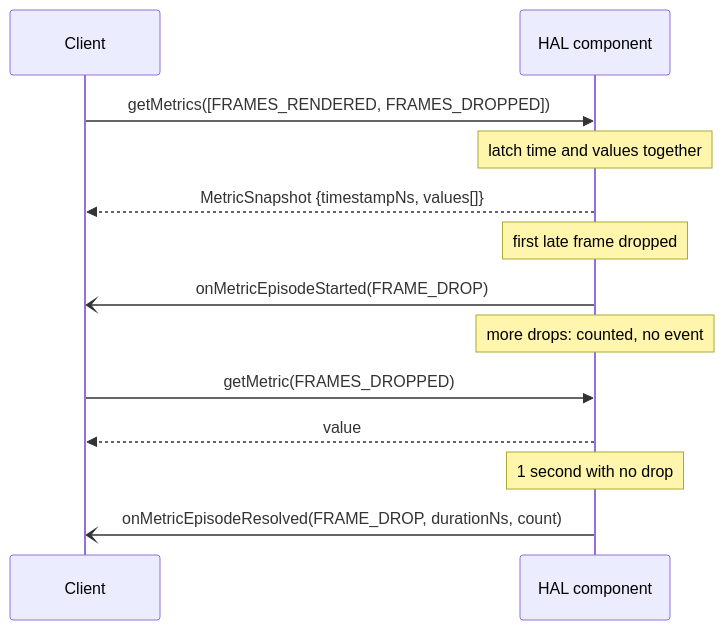
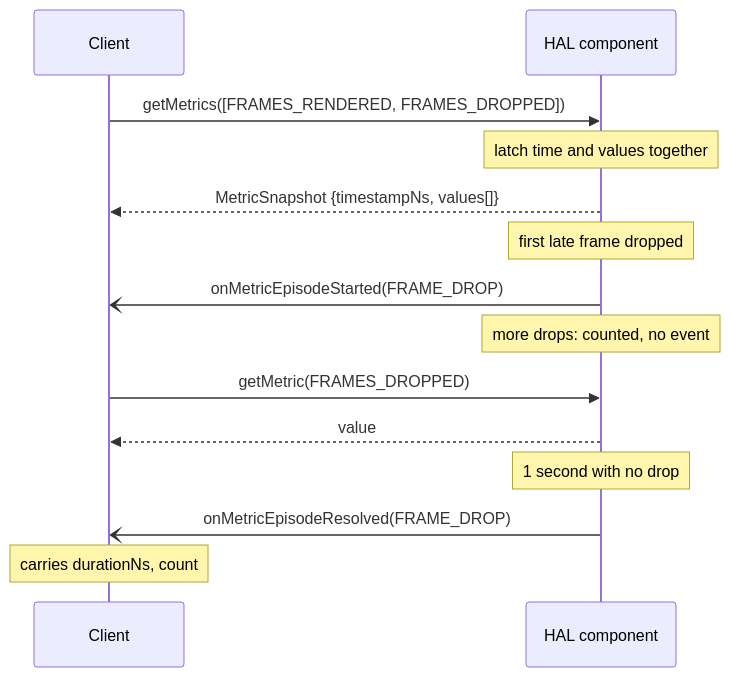
One commit to rdkcentral/rdk-halif-aidl changed the diagram in docs/standards/hal_metrics_pattern.md. Above: the diagram before and after it, drawn with Mermaid.

Commit message:
Fix #783: Shorten pattern diagram label
The resolved-event label overran the diagram's edge once the
callback name grew. Its contents move to a note beside it.

````diff
--- a/docs/standards/hal_metrics_pattern.md
+++ b/docs/standards/hal_metrics_pattern.md
@@ -5,15 +5,16 @@
 ```mermaid
 sequenceDiagram
     participant C as Client
     participant H as HAL component
     C->>H: getMetrics([FRAMES_RENDERED, FRAMES_DROPPED])
     Note over H: latch time and values together
     H-->>C: MetricSnapshot {timestampNs, values[]}
     Note over H: first late frame dropped
     H-)C: onMetricEpisodeStarted(FRAME_DROP)
     Note over H: more drops: counted, no event
     C->>H: getMetric(FRAMES_DROPPED)
     H-->>C: value
     Note over H: 1 second with no drop
-    H-)C: onMetricEpisodeResolved(FRAME_DROP, durationNs, count)
+    H-)C: onMetricEpisodeResolved(FRAME_DROP)
+    Note over C: carries durationNs, count
 ```
````
